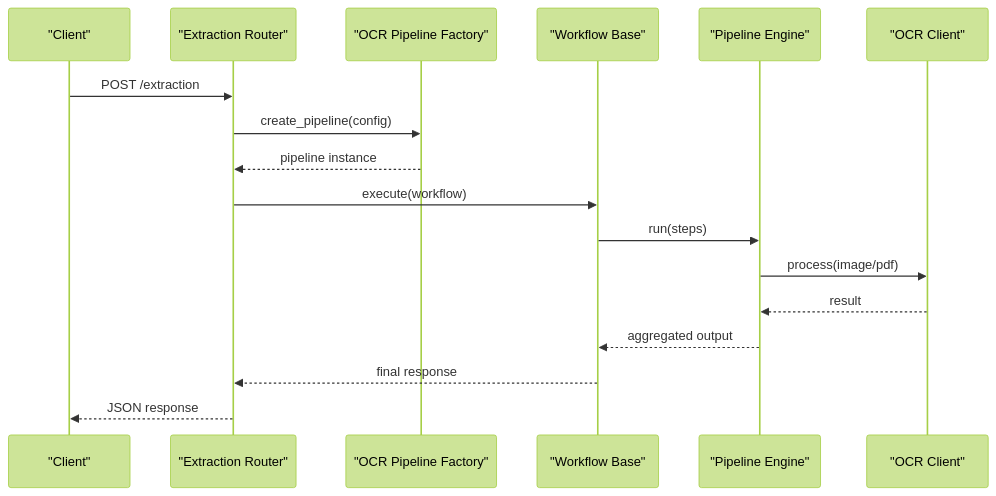
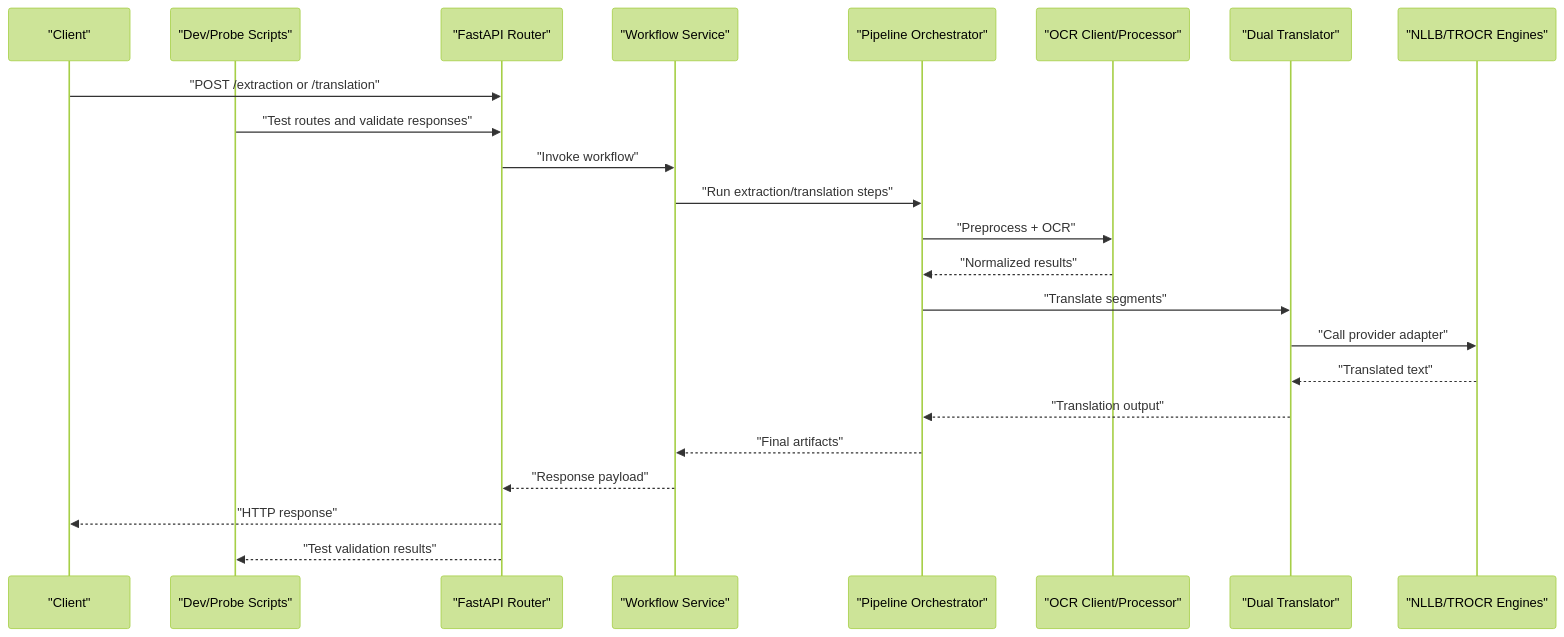
One commit to Sifr-r/LocalDeepL changed the second of 6 diagrams in .qoder/repowiki/en/content/Developer Guide.md. Above: the diagram before and after it, drawn with Mermaid (forest theme). The commit also changed other lines of this file and 191 other files, not shown here.

````diff
--- a/.qoder/repowiki/en/content/Developer Guide.md
+++ b/.qoder/repowiki/en/content/Developer Guide.md
@@ -133,19 +204,25 @@
 ```mermaid
 sequenceDiagram
 participant Client as "Client"
-participant Router as "Extraction Router"
-participant Service as "OCR Pipeline Factory"
-participant Workflow as "Workflow Base"
-participant Pipeline as "Pipeline Engine"
-participant OCR as "OCR Client"
-Client->>Router : POST /extraction
-Router->>Service : create_pipeline(config)
-Service-->>Router : pipeline instance
-Router->>Workflow : execute(workflow)
-Workflow->>Pipeline : run(steps)
-Pipeline->>OCR : process(image/pdf)
-OCR-->>Pipeline : result
-Pipeline-->>Workflow : aggregated output
-Workflow-->>Router : final response
-Router-->>Client : JSON response
+participant DevTool as "Dev/Probe Scripts"
+participant API as "FastAPI Router"
+participant Service as "Workflow Service"
+participant Pipeline as "Pipeline Orchestrator"
+participant OCR as "OCR Client/Processor"
+participant Trans as "Dual Translator"
+participant Engine as "NLLB/TROCR Engines"
+Client->>API : "POST /extraction or /translation"
+DevTool->>API : "Test routes and validate responses"
+API->>Service : "Invoke workflow"
+Service->>Pipeline : "Run extraction/translation steps"
+Pipeline->>OCR : "Preprocess + OCR"
+OCR-->>Pipeline : "Normalized results"
+Pipeline->>Trans : "Translate segments"
+Trans->>Engine : "Call provider adapter"
+Engine-->>Trans : "Translated text"
+Trans-->>Pipeline : "Translation output"
+Pipeline-->>Service : "Final artifacts"
+Service-->>API : "Response payload"
+API-->>Client : "HTTP response"
+API-->>DevTool : "Test validation results"
 ```
````
